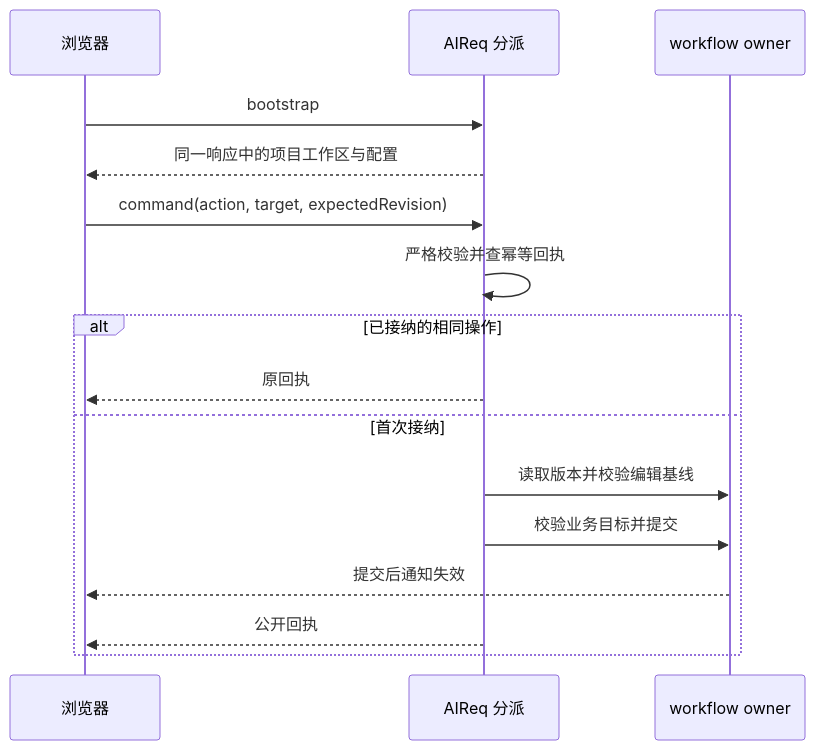
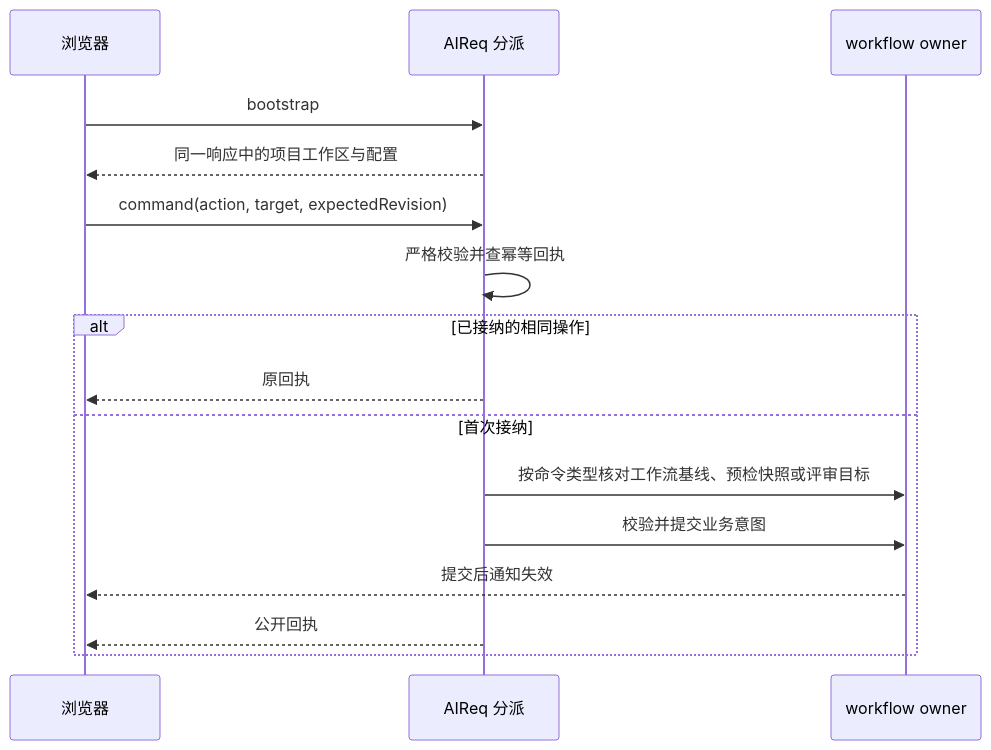
Before and after one commit to jchanghong023/ZCode: the diagram in docs/specs/aireq/contract-design.md, drawn with Mermaid. The commit also changed other lines of this file and 49 other files, not shown here.

````diff
--- a/docs/specs/aireq/contract-design.md
+++ b/docs/specs/aireq/contract-design.md
@@ -192,18 +193,18 @@
 ```mermaid
 sequenceDiagram
   participant UI as 浏览器
   participant RPC as AIReq 分派
   participant W as workflow owner
   UI->>RPC: bootstrap
   RPC-->>UI: 同一响应中的项目工作区与配置
   UI->>RPC: command(action, target, expectedRevision)
   RPC->>RPC: 严格校验并查幂等回执
   alt 已接纳的相同操作
     RPC-->>UI: 原回执
   else 首次接纳
-    RPC->>W: 读取版本并校验编辑基线
-    RPC->>W: 校验业务目标并提交
+    RPC->>W: 按命令类型核对工作流基线、预检快照或评审目标
+    RPC->>W: 校验并提交业务意图
     W-->>UI: 提交后通知失效
     RPC-->>UI: 公开回执
   end
 ```
````
